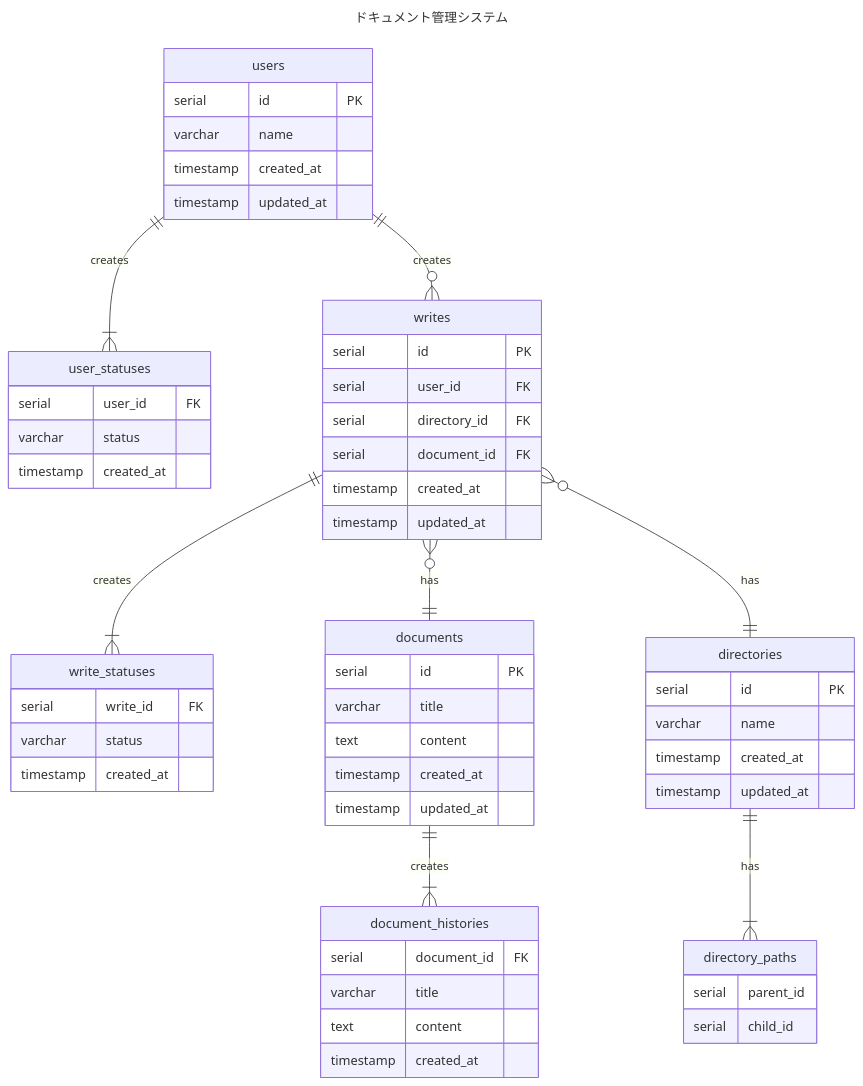
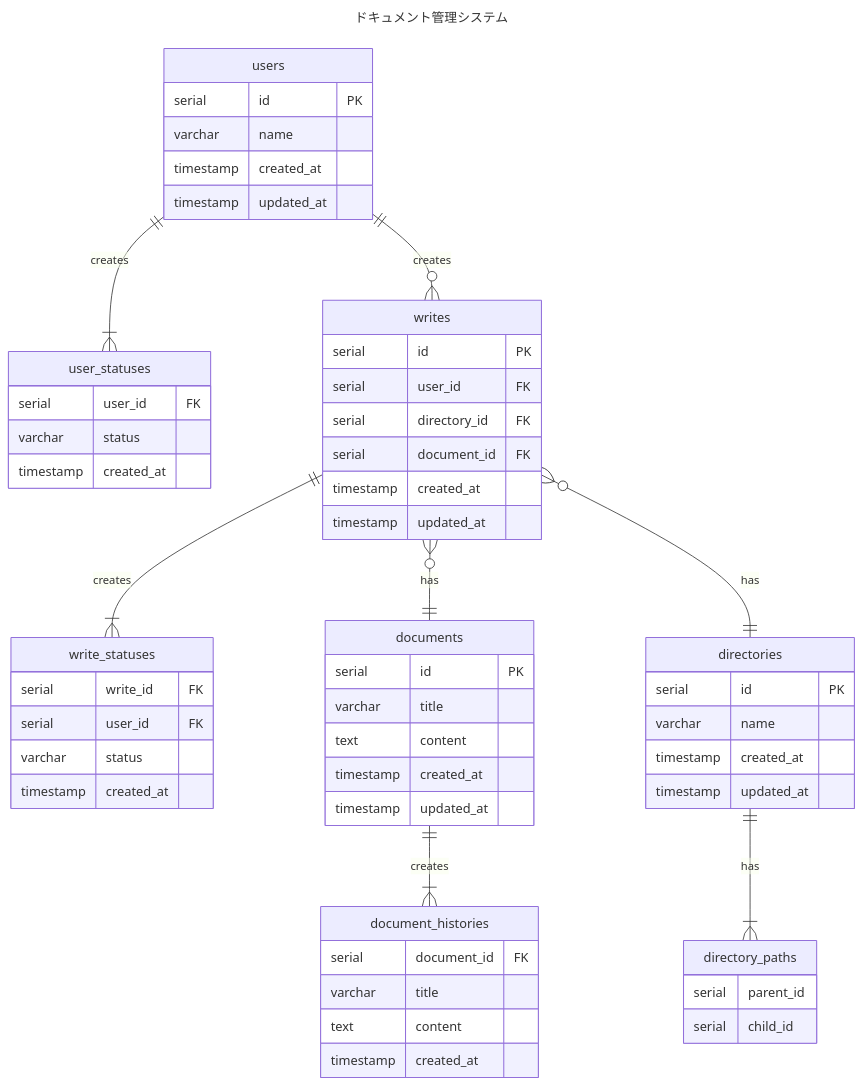
Before and after one commit to ttakuma17/til: the diagram in db/modeling/3/er.md, drawn with Mermaid. The commit also changed other lines of this file and 4 other files, not shown here.

````diff
--- a/db/modeling/3/er.md
+++ b/db/modeling/3/er.md
@@ -28,60 +30,61 @@
 ```mermaid
 ---
 title: ドキュメント管理システム
 ---
 erDiagram
     user_statuses {
         serial user_id FK
         varchar status
         timestamp created_at
     }
     users {
         serial id PK
         varchar name
         timestamp created_at
         timestamp updated_at
     }
     writes {
         serial id PK
         serial user_id FK
         serial directory_id FK 
         serial document_id FK
         timestamp created_at
         timestamp updated_at
     }
     write_statuses {
         serial write_id FK
+        serial user_id FK
         varchar status
         timestamp created_at
     }
     documents {
         serial id PK
         varchar title
         text content
         timestamp created_at
         timestamp updated_at
     }
     document_histories {
         serial document_id FK
         varchar title
         text content
         timestamp created_at
     }
     directories {
         serial id PK
         varchar name
         timestamp created_at
         timestamp updated_at
     }
     directory_paths {
         serial parent_id
         serial child_id
     }
     users ||--o{ writes: "creates"
     users ||--|{ user_statuses: "creates"
     writes }o--|| documents: "has"
     writes }o--|| directories: "has"
     writes ||--|{ write_statuses: "creates"
     directories ||--|{ directory_paths: "has"
     documents ||--|{ document_histories: "creates"
 ```
````
